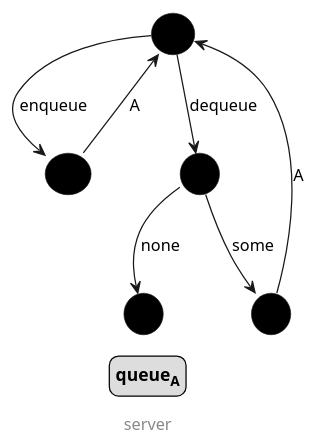
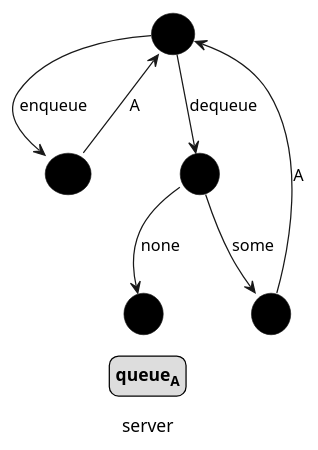
One commit to pavetok/pavetok.github.io changed the diagram in diagrams/queue-example/queue-server.puml. Above: the diagram before and after it, drawn with PlantUML. The commit also changed 33 other files, not shown here.

```diff
--- a/diagrams/queue-example/queue-server.puml
+++ b/diagrams/queue-example/queue-server.puml
@@ -1,35 +1,35 @@
 @startuml
 skinparam card {
     BackgroundColor 0
     BorderThickness 0.5
     RoundCorner 100
     FontSize 20
 }
 
 skinparam legend {
     FontStyle bold
 }
 
 skinparam footer {
     FontSize 13
 }
 
 card "&" as q1
 card "⊸" as q2
 card "+" as q3
 card "×" as q4
 card 1 as q5
 
 q1 -d-> q2: enqueue
 q1 -d-> q3: dequeue
 
 q2 -u-> q1: A
 
 q3 -d-> q4: some
 q3 -d-> q5: none
 
 q4 -u-> q1: A
 
 legend queue<sub>A</sub>
-footer server
+caption server
 @enduml
```
